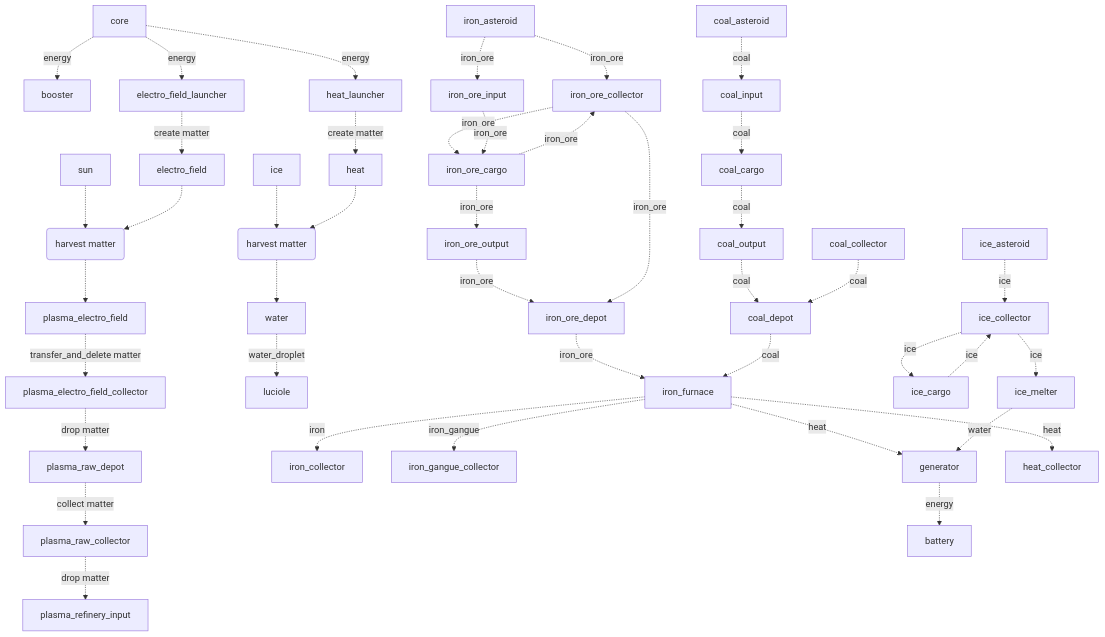
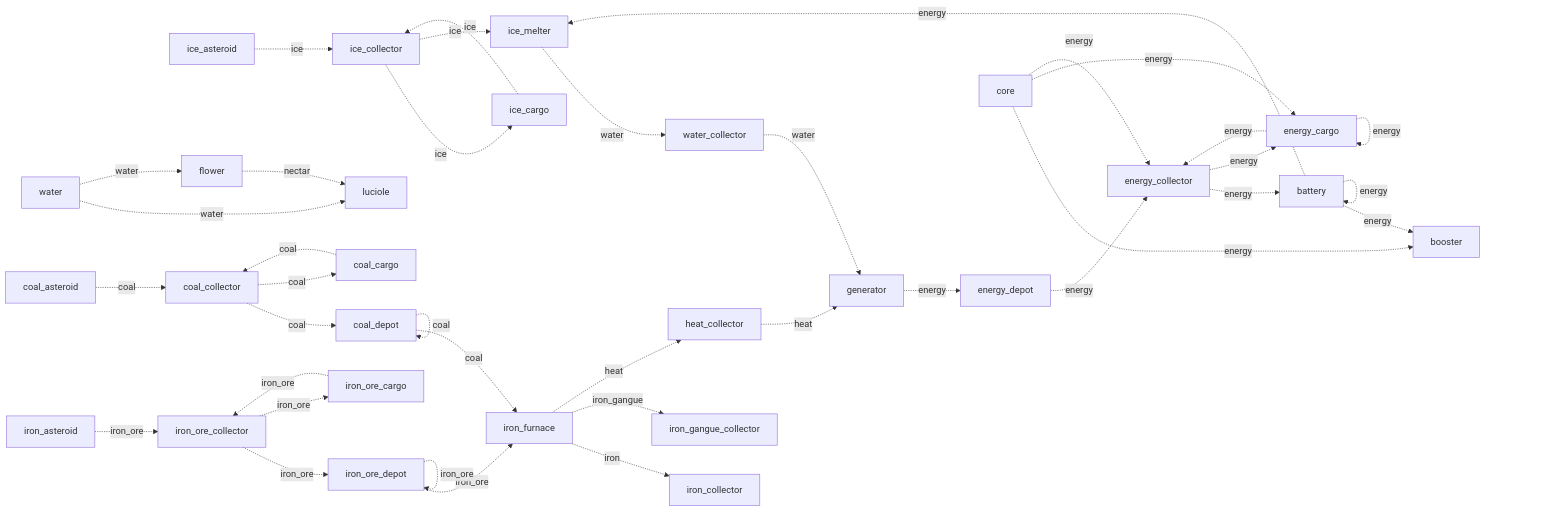
The diagram in alchemy.mmd (loicbourgois/gravitle), drawn with Mermaid before and after one commit. The commit also changed 50 other files, not shown here.

```diff
--- a/alchemy.mmd
+++ b/alchemy.mmd
@@ -1,42 +1,38 @@
-flowchart TB
-  core -.->|energy| booster
-  core -.->|energy| electro_field_launcher
-  core -.->|energy| heat_launcher
-  sun -.-> harvestsunelectro_field(harvest matter)
-electro_field -.-> harvestsunelectro_field
-  harvestsunelectro_field -.-> plasma_electro_field
-  ice -.-> harvesticeheat(harvest matter)
-heat -.-> harvesticeheat
-  harvesticeheat -.-> water
-  plasma_electro_field -.->|transfer_and_delete matter| plasma_electro_field_collector
-  plasma_raw_depot -.->|collect matter| plasma_raw_collector
-  plasma_electro_field_collector -.->|drop matter| plasma_raw_depot
-  plasma_raw_collector -.->|drop matter| plasma_refinery_input
-  heat_launcher -.->|create matter| heat
-  electro_field_launcher -.->|create matter| electro_field
-  water -.->|water_droplet| luciole
+flowchart LR
+  ice_asteroid -.->|ice| ice_collector
+  ice_cargo -.->|ice| ice_collector
+  ice_collector -.->|ice| ice_cargo
+  ice_collector -.->|ice| ice_melter
+  water -.->|water| luciole
+  ice_melter -.->|water| water_collector
+  water_collector -.->|water| generator
+  water -.->|water| flower
+  flower -.->|nectar| luciole
+  coal_collector -.->|coal| coal_depot
+  coal_depot -.->|coal| iron_furnace
+  coal_depot -.->|coal| coal_depot
+  coal_asteroid -.->|coal| coal_collector
+  coal_collector -.->|coal| coal_cargo
+  coal_cargo -.->|coal| coal_collector
   iron_asteroid -.->|iron_ore| iron_ore_collector
+  iron_ore_collector -.->|iron_ore| iron_ore_depot
   iron_ore_collector -.->|iron_ore| iron_ore_cargo
   iron_ore_cargo -.->|iron_ore| iron_ore_collector
-  coal_asteroid -.->|coal| coal_input
-  coal_input -.->|coal| coal_cargo
-  coal_cargo -.->|coal| coal_output
-  coal_output -.->|coal| coal_depot
-  iron_asteroid -.->|iron_ore| iron_ore_input
-  iron_ore_input -.->|iron_ore| iron_ore_cargo
-  iron_ore_cargo -.->|iron_ore| iron_ore_output
-  iron_ore_output -.->|iron_ore| iron_ore_depot
   iron_ore_depot -.->|iron_ore| iron_furnace
-  iron_ore_collector -.->|iron_ore| iron_ore_depot
-  coal_collector -.->|coal| coal_depot
-  coal_depot -.->|coal| iron_furnace
+  iron_ore_depot -.->|iron_ore| iron_ore_depot
   iron_furnace -.->|iron| iron_collector
   iron_furnace -.->|iron_gangue| iron_gangue_collector
-  iron_furnace -.->|heat| generator
+  heat_collector -.->|heat| generator
   iron_furnace -.->|heat| heat_collector
-  generator -.->|energy| battery
-  ice_asteroid -.->|ice| ice_collector
-  ice_collector -.->|ice| ice_cargo
-  ice_cargo -.->|ice| ice_collector
-  ice_collector -.->|ice| ice_melter
-  ice_melter -.->|water| generator
+  generator -.->|energy| energy_depot
+  energy_collector -.->|energy| battery
+  energy_collector -.->|energy| energy_cargo
+  energy_cargo -.->|energy| energy_collector
+  energy_cargo -.->|energy| energy_cargo
+  core -.->|energy| booster
+  battery -.->|energy| ice_melter
+  battery -.->|energy| booster
+  energy_depot -.->|energy| energy_collector
+  core -.->|energy| energy_cargo
+  core -.->|energy| energy_collector
+  battery -.->|energy| battery
```
